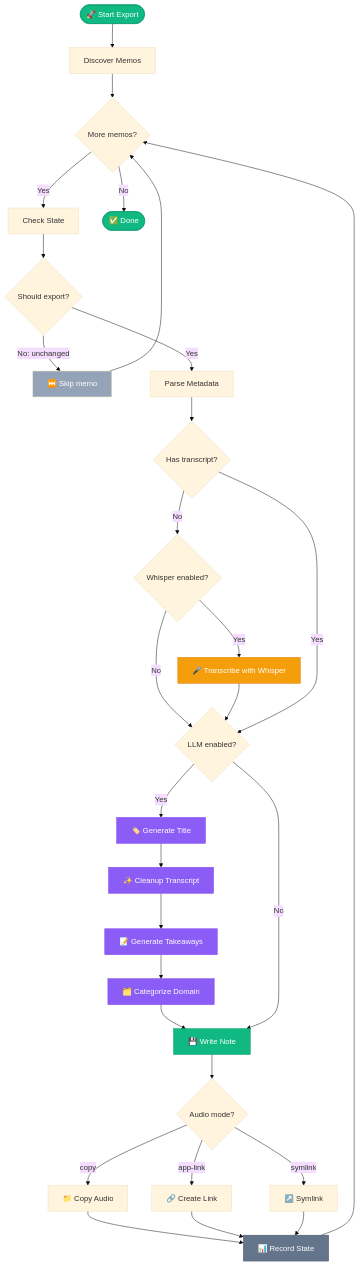
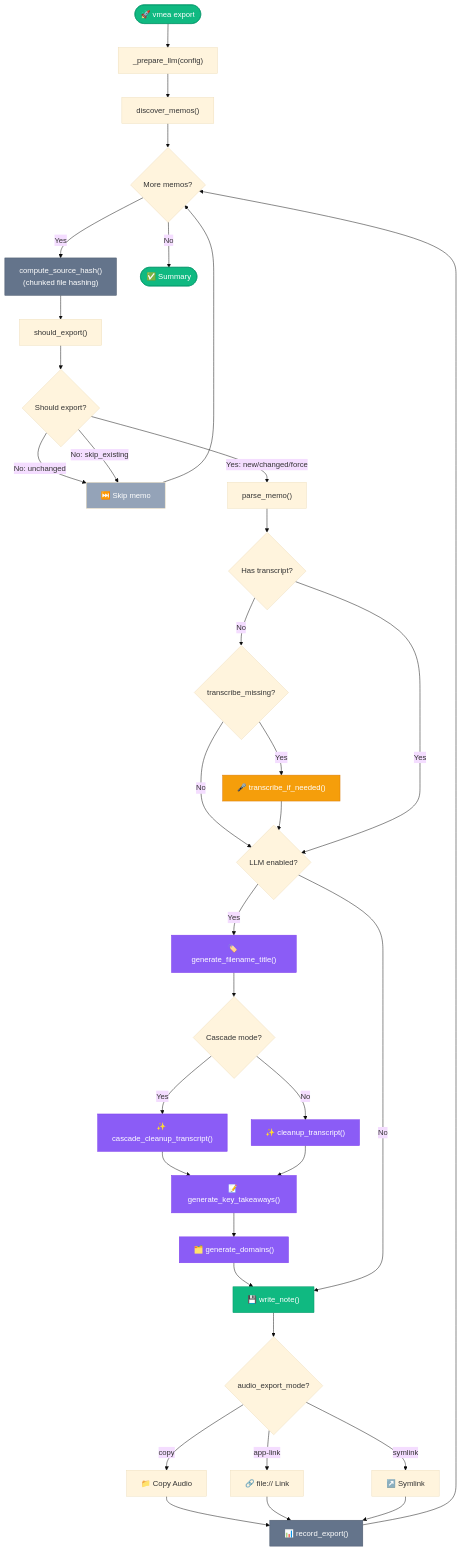
Before and after one commit to klappe-pm/Apple-Voice-Memo-Export-to-Markdown: the diagram in docs/diagrams/export-decision-flowchart.md, drawn with Mermaid. The commit also changed other lines of this file and 12 other files, not shown here.

First line of the commit message:
Restructure docs: simplify README, add dedicated guide files, update diagrams

````diff
--- a/docs/diagrams/export-decision-flowchart.md
+++ b/docs/diagrams/export-decision-flowchart.md
@@ -5,54 +5,62 @@
 ```mermaid
 %%{init: {'theme': 'base'}}%%
 flowchart TD
-    START(["🚀 Start Export"]) --> DISCOVER["Discover Memos"]
+    START(["🚀 vmea export"]) --> PREPARE["_prepare_llm(config)"]
+    PREPARE --> DISCOVER["discover_memos()"]
     DISCOVER --> LOOP{"More memos?"}
     
-    LOOP -->|Yes| CHECK["Check State"]
+    LOOP -->|Yes| HASH["compute_source_hash()<br/>(chunked file hashing)"]
+    HASH --> CHECK["should_export()"]
     CHECK --> SHOULD{"Should export?"}
     
     SHOULD -->|"No: unchanged"| SKIP["⏭️ Skip memo"]
+    SHOULD -->|"No: skip_existing"| SKIP
     SKIP --> LOOP
     
-    SHOULD -->|Yes| PARSE["Parse Metadata"]
+    SHOULD -->|"Yes: new/changed/force"| PARSE["parse_memo()"]
     PARSE --> HAS_TRANS{"Has transcript?"}
     
-    HAS_TRANS -->|No| WHISPER_CHECK{"Whisper enabled?"}
-    WHISPER_CHECK -->|Yes| TRANSCRIBE["🎤 Transcribe with Whisper"]
+    HAS_TRANS -->|No| WHISPER_CHECK{"transcribe_missing?"}
+    WHISPER_CHECK -->|Yes| TRANSCRIBE["🎤 transcribe_if_needed()"]
     WHISPER_CHECK -->|No| LLM_CHECK
     TRANSCRIBE --> LLM_CHECK
     
     HAS_TRANS -->|Yes| LLM_CHECK{"LLM enabled?"}
     
-    LLM_CHECK -->|Yes| GEN_TITLE["🏷️ Generate Title"]
-    GEN_TITLE --> CLEANUP_T["✨ Cleanup Transcript"]
-    CLEANUP_T --> TAKEAWAYS["📝 Generate Takeaways"]
-    TAKEAWAYS --> DOMAINS["🗂️ Categorize Domain"]
+    LLM_CHECK -->|Yes| GEN_TITLE["🏷️ generate_filename_title()"]
+    GEN_TITLE --> CASCADE{"Cascade mode?"}
+    CASCADE -->|Yes| CASCADE_CLEANUP["✨ cascade_cleanup_transcript()"]
+    CASCADE -->|No| SINGLE_CLEANUP["✨ cleanup_transcript()"]
+    CASCADE_CLEANUP --> TAKEAWAYS
+    SINGLE_CLEANUP --> TAKEAWAYS
+    TAKEAWAYS["📝 generate_key_takeaways()"] --> DOMAINS["🗂️ generate_domains()"]
     DOMAINS --> WRITE
     
-    LLM_CHECK -->|No| WRITE["💾 Write Note"]
+    LLM_CHECK -->|No| WRITE["💾 write_note()"]
     
-    WRITE --> AUDIO_MODE{"Audio mode?"}
+    WRITE --> AUDIO_MODE{"audio_export_mode?"}
     AUDIO_MODE -->|copy| COPY["📁 Copy Audio"]
-    AUDIO_MODE -->|app-link| LINK["🔗 Create Link"]
+    AUDIO_MODE -->|app-link| LINK["🔗 file:// Link"]
     AUDIO_MODE -->|symlink| SYM["↗️ Symlink"]
     
     COPY --> RECORD
     LINK --> RECORD
     SYM --> RECORD
     
-    RECORD["📊 Record State"] --> LOOP
+    RECORD["📊 record_export()"] --> LOOP
     
-    LOOP -->|No| DONE(["✅ Done"])
+    LOOP -->|No| DONE(["✅ Summary"])
 
     style START fill:#10b981,color:#fff,stroke:#059669
     style DONE fill:#10b981,color:#fff,stroke:#059669
     style TRANSCRIBE fill:#f59e0b,color:#fff,stroke:#d97706
     style GEN_TITLE fill:#8b5cf6,color:#fff,stroke:#7c3aed
-    style CLEANUP_T fill:#8b5cf6,color:#fff,stroke:#7c3aed
+    style CASCADE_CLEANUP fill:#8b5cf6,color:#fff,stroke:#7c3aed
+    style SINGLE_CLEANUP fill:#8b5cf6,color:#fff,stroke:#7c3aed
     style TAKEAWAYS fill:#8b5cf6,color:#fff,stroke:#7c3aed
     style DOMAINS fill:#8b5cf6,color:#fff,stroke:#7c3aed
     style WRITE fill:#10b981,color:#fff,stroke:#059669
     style RECORD fill:#64748b,color:#fff,stroke:#475569
     style SKIP fill:#94a3b8,color:#fff
+    style HASH fill:#64748b,color:#fff,stroke:#475569
 ```
````
